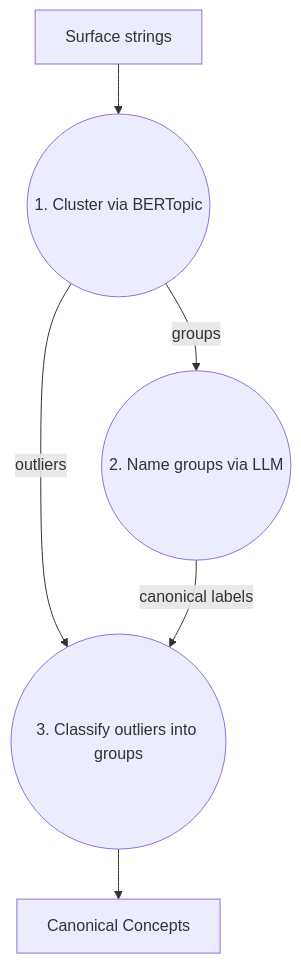
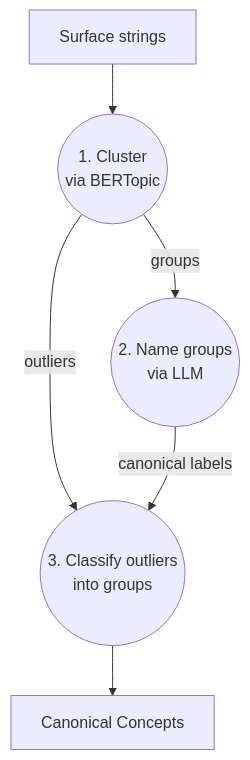
One commit to borisdev/nobs-canonicalize changed the diagram in README.md. Above: the diagram before and after it, drawn with Mermaid.

Commit message:
Add line breaks to mermaid diagram for better rendering

````diff
--- a/README.md
+++ b/README.md
@@ -113,8 +113,8 @@
 ```mermaid
 graph TD;
-    A[Surface strings] --> B((1. Cluster via BERTopic));
-    B -->|groups| C((2. Name groups via LLM));
-    B -->|outliers| D((3. Classify outliers into groups));
+    A[Surface strings] --> B((1. Cluster<br>via BERTopic));
+    B -->|groups| C((2. Name groups<br>via LLM));
+    B -->|outliers| D((3. Classify outliers<br>into groups));
     C -->|canonical labels| D;
     D --> E[Canonical Concepts];
 ```
````
